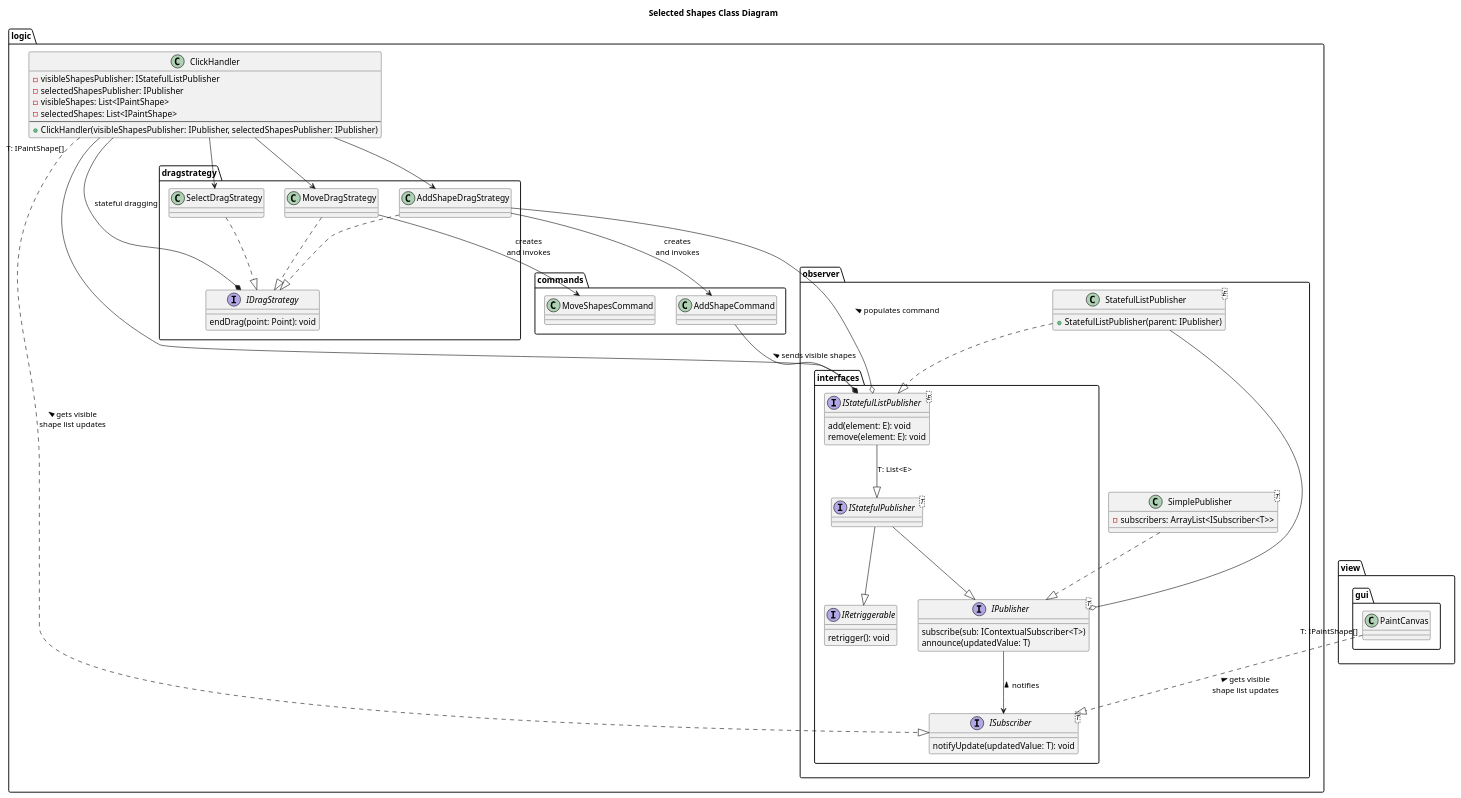
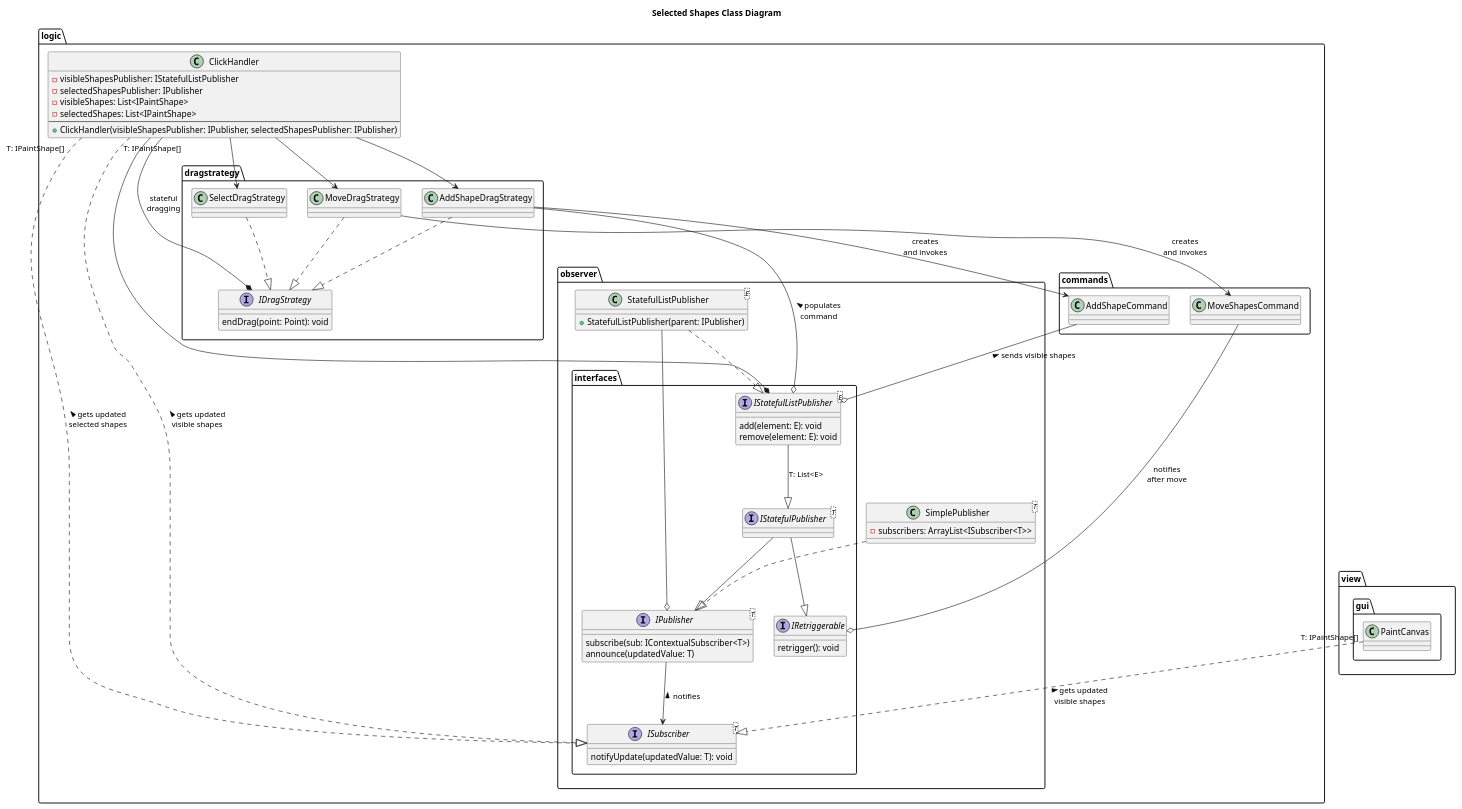
Before and after one commit to johnsmillie-portfolio/SE450-JPaint: the diagram in documentation/shape list observer class diagram.plantuml, drawn with PlantUML.

Commit message:
minor diagram fixups

```diff
--- a/documentation/shape list observer class diagram.plantuml
+++ b/documentation/shape list observer class diagram.plantuml
@@ -1,87 +1,89 @@
 @startuml Shapes Class Diagram
 title Selected Shapes Class Diagram
 
 package logic {
     package observer {
         package interfaces {
             interface IPublisher <T> {
                 subscribe(sub: IContextualSubscriber<T>)
                 announce(updatedValue: T)
             }
 
             interface ISubscriber<T> {
                 notifyUpdate(updatedValue: T): void
             }
 
             interface IStatefulListPublisher<E> {
                 add(element: E): void
                 remove(element: E): void
             }
 
             interface IRetriggerable {
                 retrigger(): void
             }
 
             interface IStatefulPublisher<T>{}
         }
 
         class SimplePublisher<T> {
             - subscribers: ArrayList<ISubscriber<T>>
         }
 
         class StatefulListPublisher<E> {
             + StatefulListPublisher(parent: IPublisher)
         }
     }
 
     class ClickHandler {
         - visibleShapesPublisher: IStatefulListPublisher
         - selectedShapesPublisher: IPublisher
         - visibleShapes: List<IPaintShape>
         - selectedShapes: List<IPaintShape>
         --
         + ClickHandler(visibleShapesPublisher: IPublisher, selectedShapesPublisher: IPublisher)
     }
 
     package commands {
         class AddShapeCommand 
         class MoveShapesCommand
     }
 
     package dragstrategy {
         interface IDragStrategy{
             endDrag(point: Point): void
         }
         class MoveDragStrategy
         class AddShapeDragStrategy
         class SelectDragStrategy
     }
 }
 
 package view.gui {
     class PaintCanvas {}
 }
 
 StatefulListPublisher ..|> IStatefulListPublisher
 StatefulListPublisher --o IPublisher
 IPublisher --> ISubscriber : < notifies
 IStatefulPublisher --|> IPublisher
 IStatefulPublisher --|> IRetriggerable
 IStatefulListPublisher --|> IStatefulPublisher : T: List<E>
 SimplePublisher ..|> IPublisher
-PaintCanvas "T: IPaintShape[]" ..|> ISubscriber : < gets visible\nshape list updates
-ClickHandler "T: IPaintShape[]" ..|> ISubscriber : < gets visible\nshape list updates
+PaintCanvas "T: IPaintShape[]" ..|> ISubscriber : < gets updated\nvisible shapes
+ClickHandler "T: IPaintShape[]" ..|> ISubscriber : < gets updated\nselected shapes
+ClickHandler "T: IPaintShape[]" ..|> ISubscriber : < gets updated\nvisible shapes
 AddShapeCommand --o IStatefulListPublisher : < sends visible shapes
-AddShapeDragStrategy --o IStatefulListPublisher : < populates command
+AddShapeDragStrategy --o IStatefulListPublisher : < populates\ncommand
 ClickHandler --* IStatefulListPublisher
 ClickHandler --> MoveDragStrategy
 ClickHandler --> SelectDragStrategy
 ClickHandler --> AddShapeDragStrategy
-ClickHandler --* IDragStrategy : stateful dragging
+ClickHandler --* IDragStrategy : stateful\ndragging
 AddShapeDragStrategy --> AddShapeCommand : creates\nand invokes
 MoveDragStrategy --> MoveShapesCommand : creates\nand invokes
 MoveDragStrategy ..|> IDragStrategy
 SelectDragStrategy ..|> IDragStrategy
 AddShapeDragStrategy ..|> IDragStrategy
+MoveShapesCommand --o IRetriggerable : notifies\nafter move
 
 @enduml
```
